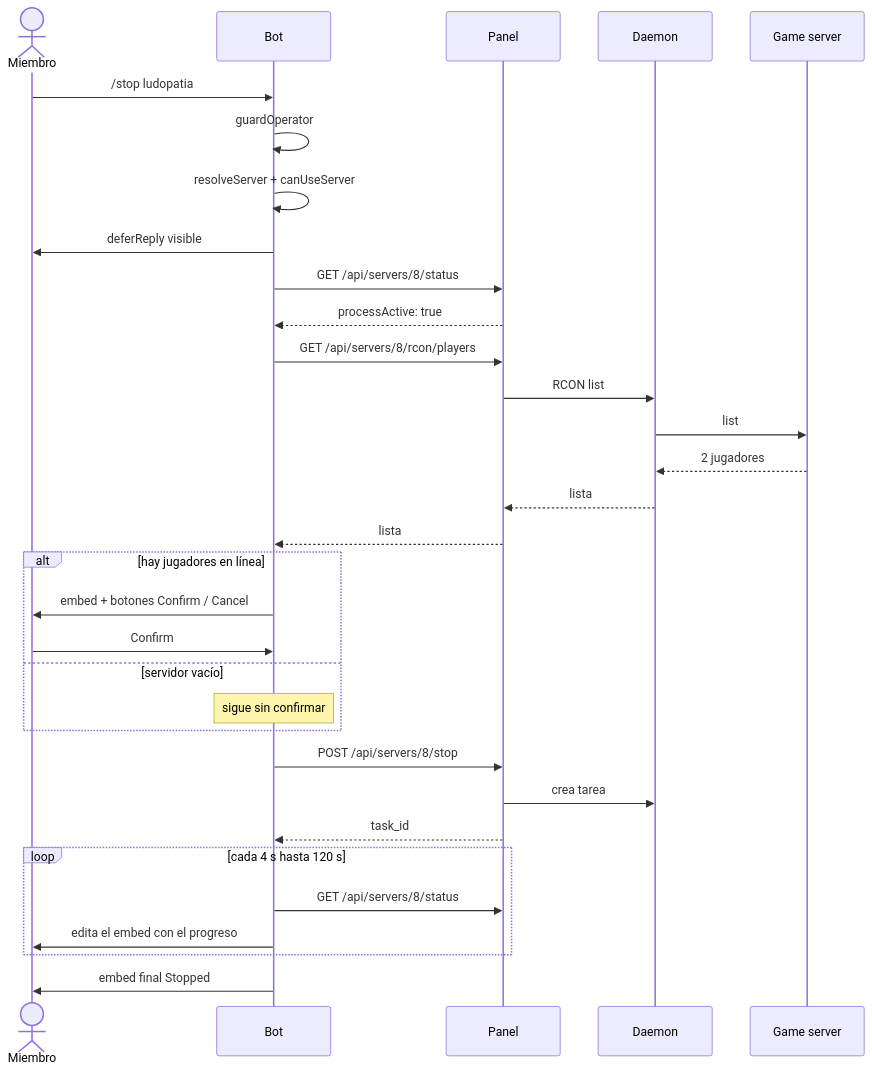
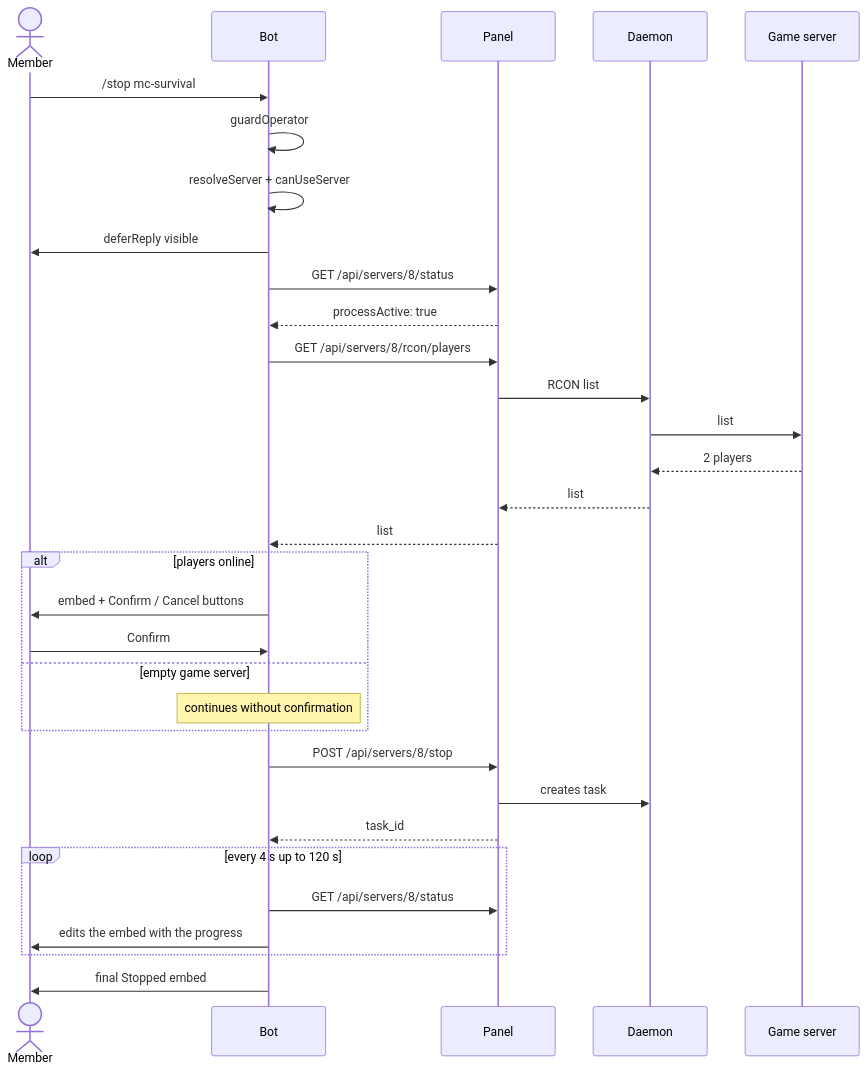
The second of 3 diagrams in docs/architecture.md (neyzerth/gameap-discord), drawn with Mermaid before and after one commit. The commit also changed other lines of this file and 37 other files, not shown here.

````diff
--- a/docs/architecture.md
+++ b/docs/architecture.md
@@ -57,37 +59,37 @@
 ```mermaid
 sequenceDiagram
-  actor A as Miembro
+  actor A as Member
   participant B as Bot
   participant P as Panel
   participant D as Daemon
   participant S as Game server
 
-  A->>B: /stop ludopatia
+  A->>B: /stop mc-survival
   B->>B: guardOperator
   B->>B: resolveServer + canUseServer
   B->>A: deferReply visible
   B->>P: GET /api/servers/8/status
   P-->>B: processActive: true
   B->>P: GET /api/servers/8/rcon/players
   P->>D: RCON list
   D->>S: list
-  S-->>D: 2 jugadores
-  D-->>P: lista
-  P-->>B: lista
+  S-->>D: 2 players
+  D-->>P: list
+  P-->>B: list
 
-  alt hay jugadores en línea
-    B->>A: embed + botones Confirm / Cancel
+  alt players online
+    B->>A: embed + Confirm / Cancel buttons
     A->>B: Confirm
-  else servidor vacío
-    Note over B: sigue sin confirmar
+  else empty game server
+    Note over B: continues without confirmation
   end
 
   B->>P: POST /api/servers/8/stop
-  P->>D: crea tarea
+  P->>D: creates task
   P-->>B: task_id
-  loop cada 4 s hasta 120 s
+  loop every 4 s up to 120 s
     B->>P: GET /api/servers/8/status
-    B->>A: edita el embed con el progreso
+    B->>A: edits the embed with the progress
   end
-  B->>A: embed final Stopped
+  B->>A: final Stopped embed
 ```
````
